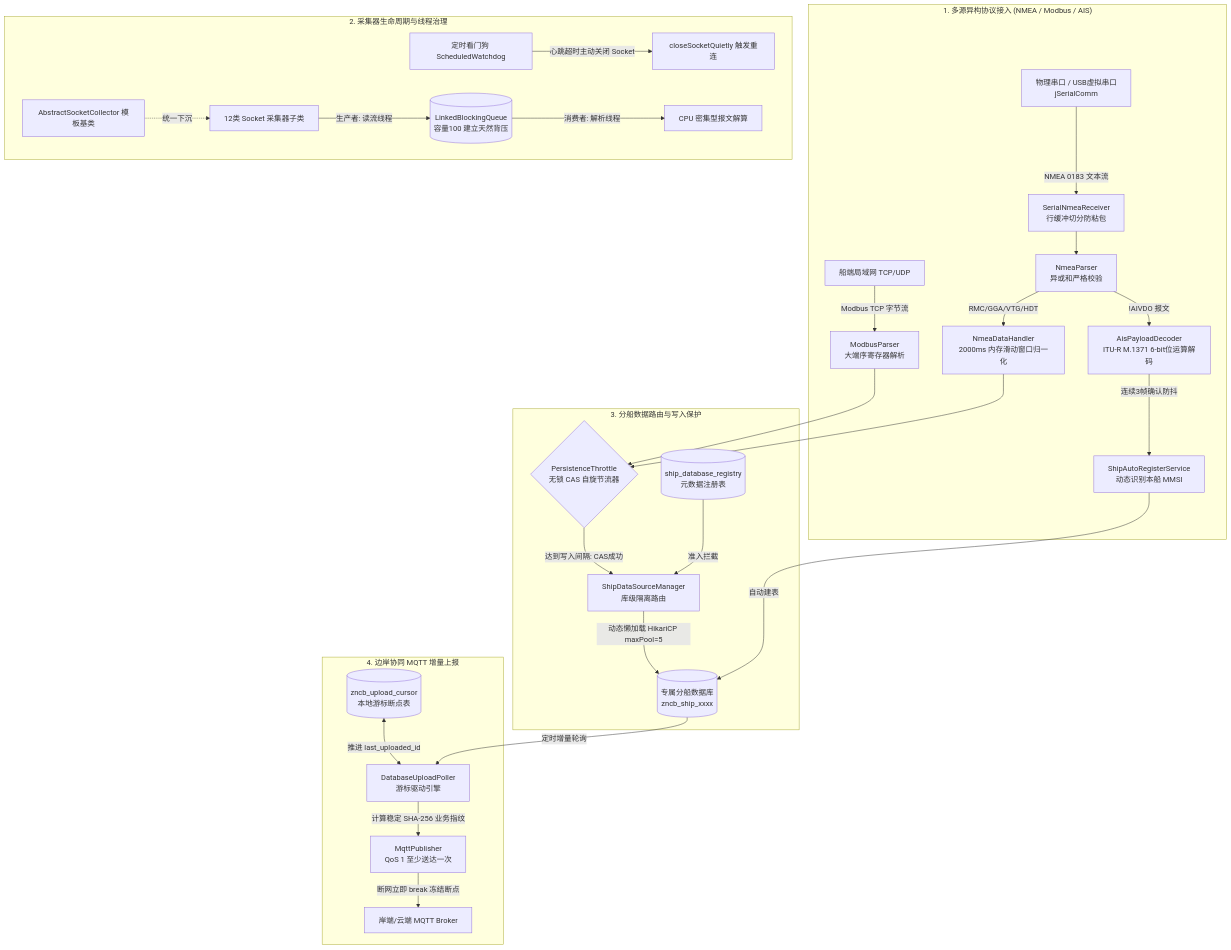
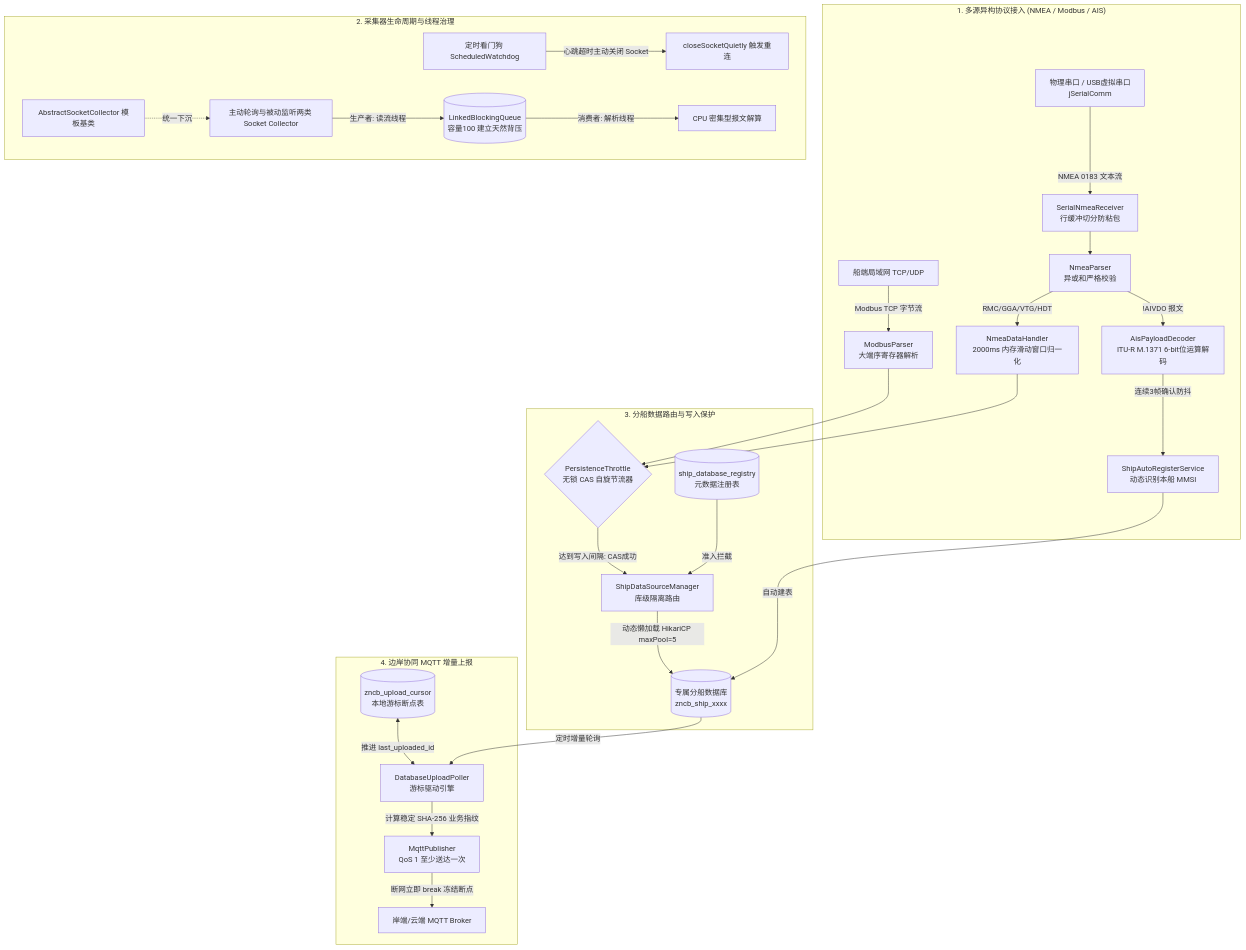
Before and after one commit to Thehe01/Smartship: the diagram in README.md, drawn with Mermaid. The commit also changed other lines of this file and 3 other files, not shown here.

````diff
--- a/README.md
+++ b/README.md
@@ -14,34 +14,34 @@
 ```mermaid
 flowchart TD
     subgraph 物理与网络链路接入 ["1. 多源异构协议接入 (NMEA / Modbus / AIS)"]
         COM[物理串口 / USB虚拟串口<br/>jSerialComm] -->|NMEA 0183 文本流| SerialRec[SerialNmeaReceiver<br/>行缓冲切分防粘包]
         NET[船端局域网 TCP/UDP] -->|Modbus TCP 字节流| ModbusP[ModbusParser<br/>大端序寄存器解析]
         SerialRec --> NmeaP[NmeaParser<br/>异或和严格校验]
         NmeaP -->|!AIVDO 报文| AisDec[AisPayloadDecoder<br/>ITU-R M.1371 6-bit位运算解码]
         NmeaP -->|RMC/GGA/VTG/HDT| Handler[NmeaDataHandler<br/>2000ms 内存滑动窗口归一化]
         AisDec -->|连续3帧确认防抖| AutoReg[ShipAutoRegisterService<br/>动态识别本船 MMSI]
     end
 
     subgraph 采集器生命周期治理 ["2. 采集器生命周期与线程治理"]
-        BaseColl[AbstractSocketCollector 模板基类] -.->|统一下沉| Impl[12类 Socket 采集器子类]
+        BaseColl[AbstractSocketCollector 模板基类] -.->|统一下沉| Impl[主动轮询与被动监听两类 Socket Collector]
         Watchdog[定时看门狗 ScheduledWatchdog] -->|心跳超时主动关闭 Socket| CloseSock[closeSocketQuietly 触发重连]
         Impl -->|生产者: 读流线程| BoundedQ[(LinkedBlockingQueue<br/>容量100 建立天然背压)]
         BoundedQ -->|消费者: 解析线程| Process[CPU 密集型报文解算]
     end
 
     subgraph 存储保护与路由 ["3. 分船数据路由与写入保护"]
         Handler --> Throttle{PersistenceThrottle<br/>无锁 CAS 自旋节流器}
         ModbusP --> Throttle
         Throttle -->|达到写入间隔: CAS成功| Router[ShipDataSourceManager<br/>库级隔离路由]
         Registry[(ship_database_registry<br/>元数据注册表)] -->|准入拦截| Router
         Router -->|动态懒加载 HikariCP maxPool=5| ShipDB[(专属分船数据库<br/>zncb_ship_xxxx)]
         AutoReg -->|自动建表| ShipDB
     end
 
     subgraph 边岸协同上报 ["4. 边岸协同 MQTT 增量上报"]
         ShipDB -->|定时增量轮询| Poller[DatabaseUploadPoller<br/>游标驱动引擎]
         Cursor[(zncb_upload_cursor<br/>本地游标断点表)] <-->|推进 last_uploaded_id| Poller
         Poller -->|计算稳定 SHA-256 业务指纹| MqttPub[MqttPublisher<br/>QoS 1 至少送达一次]
         MqttPub -->|断网立即 break 冻结断点| Cloud[岸端/云端 MQTT Broker]
     end
 ```
````
